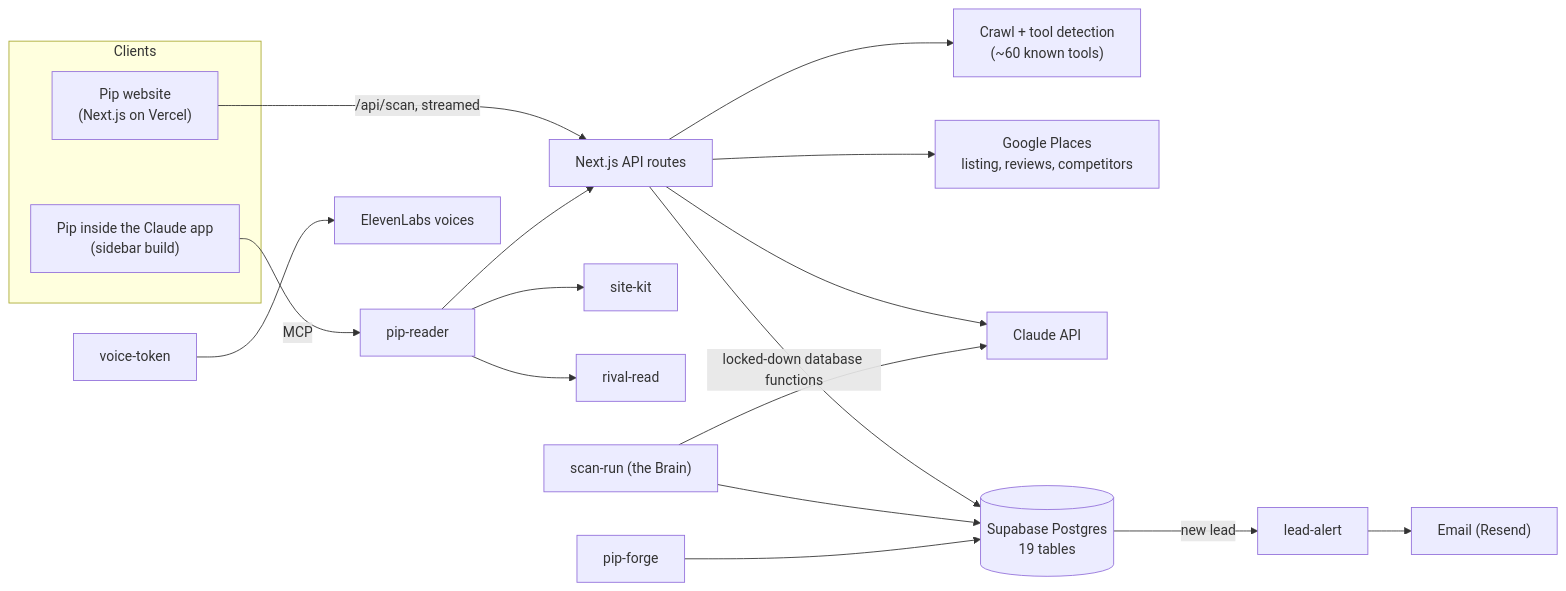
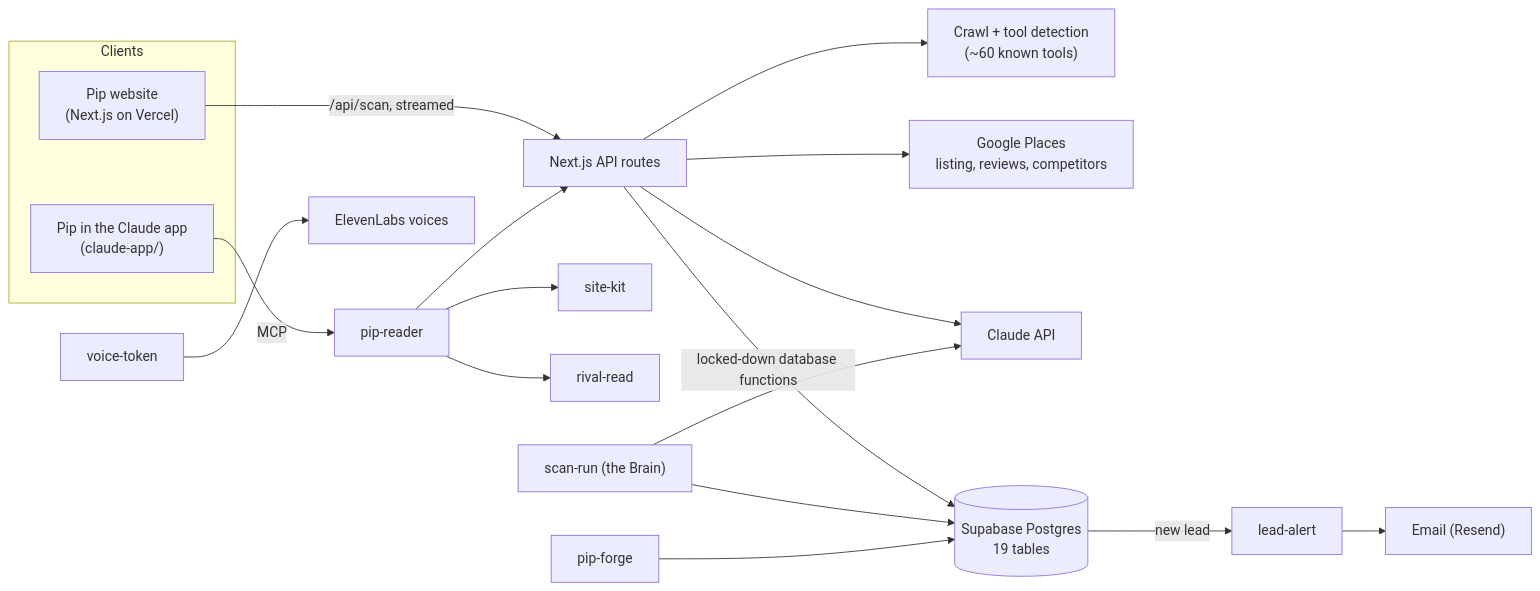
One commit to braydenscuffham2-coder/pip-ai changed the diagram in README.md. Above: the diagram before and after it, drawn with Mermaid. The commit also changed other lines of this file, not shown here.

First line of the commit message:
Lead the README with the Claude-app version

````diff
--- a/README.md
+++ b/README.md
@@ -44,24 +54,24 @@
 ```mermaid
 flowchart LR
   subgraph Clients
     W["Pip website<br/>(Next.js on Vercel)"]
-    A["Pip inside the Claude app<br/>(sidebar build)"]
+    A["Pip in the Claude app<br/>(claude-app/)"]
   end
 
   W -->|"/api/scan, streamed"| API["Next.js API routes"]
   API --> CR["Crawl + tool detection<br/>(~60 known tools)"]
   API --> GP["Google Places<br/>listing, reviews, competitors"]
   API --> CL["Claude API"]
   API -->|"locked-down database functions"| DB[("Supabase Postgres<br/>19 tables")]
 
   A -->|"MCP"| PR["pip-reader"]
   PR --> SK["site-kit"]
   PR --> RR["rival-read"]
   PR --> API
 
   DB -->|"new lead"| LA["lead-alert"] --> RS["Email (Resend)"]
   VT["voice-token"] --> EL["ElevenLabs voices"]
   SR["scan-run (the Brain)"] --> CL
   SR --> DB
   PF["pip-forge"] --> DB
 ```
````
